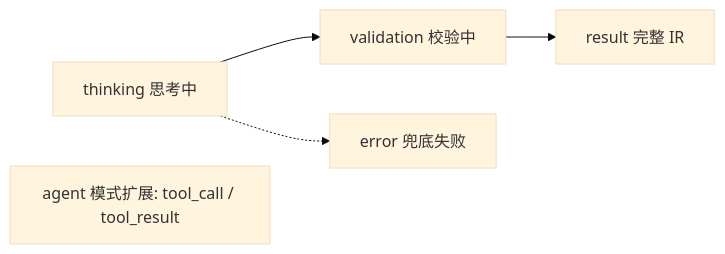
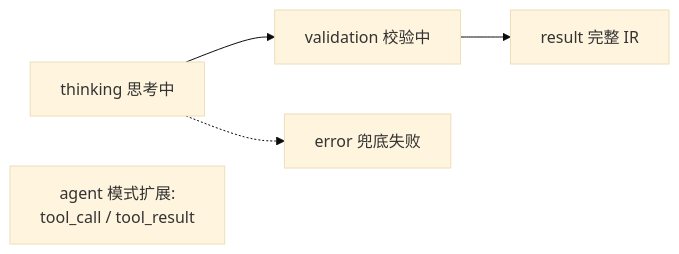
The sixth of 13 diagrams in workbuddyFlow/docs/FlowAI架构与交互机制.md (Nihao7-L/flowchart-ai), drawn with Mermaid (base theme) before and after one commit. The commit also changed other lines of this file, not shown here.

First line of the commit message:
docs: 修复架构文档 mermaid 图文字被裁——节点只留短名，细节下沉正文

````diff
--- a/workbuddyFlow/docs/FlowAI架构与交互机制.md
+++ b/workbuddyFlow/docs/FlowAI架构与交互机制.md
@@ -167,9 +174,9 @@
 ```mermaid
 flowchart LR
   T["thinking 思考中"]
   V["validation 校验中"]
   R["result 完整 IR"]
   T --> V --> R
   T -.-> E["error 兜底失败"]
-  TC["agent 模式扩展: tool_call / tool_result"]
+  TC["agent 模式扩展:<br/>tool_call / tool_result"]
 ```
````
